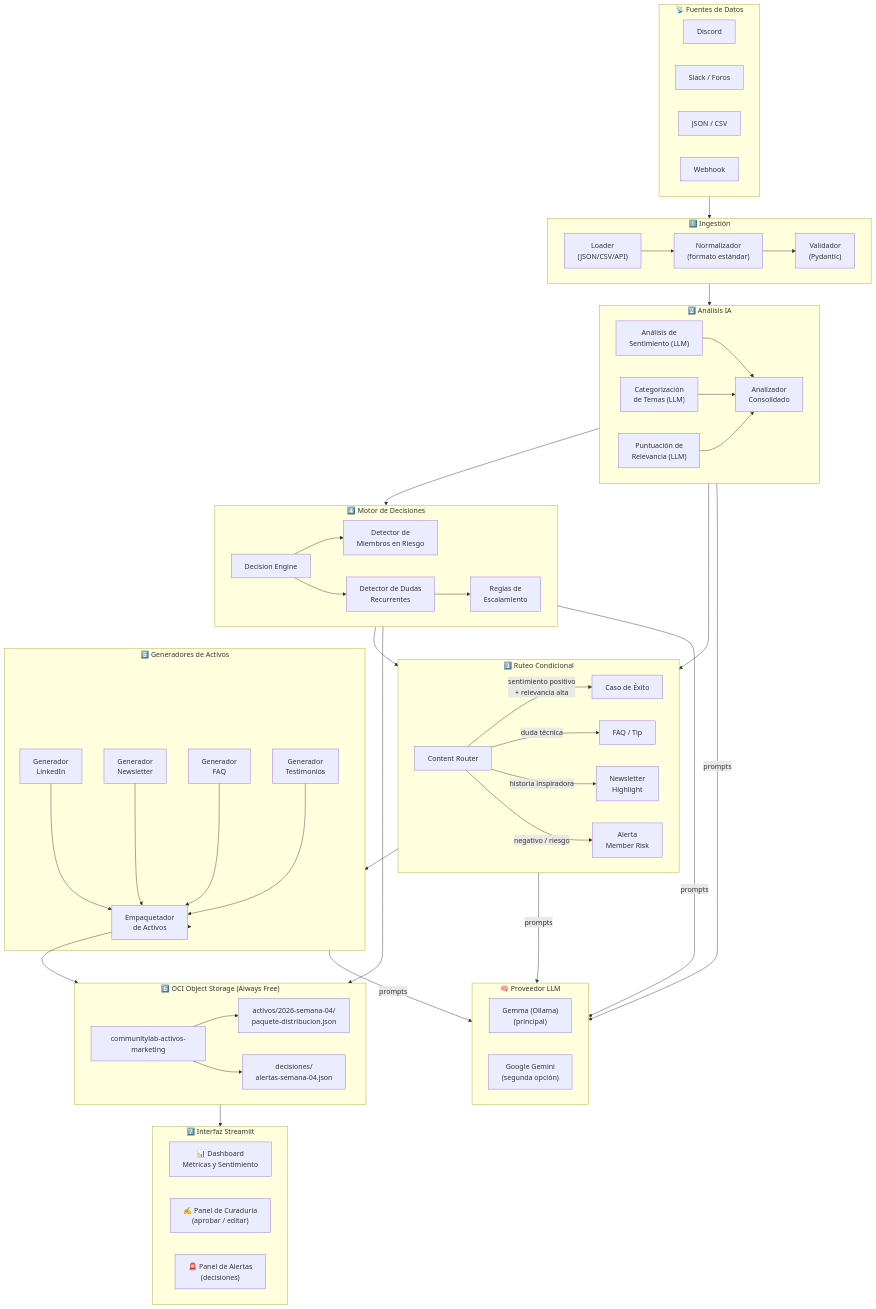
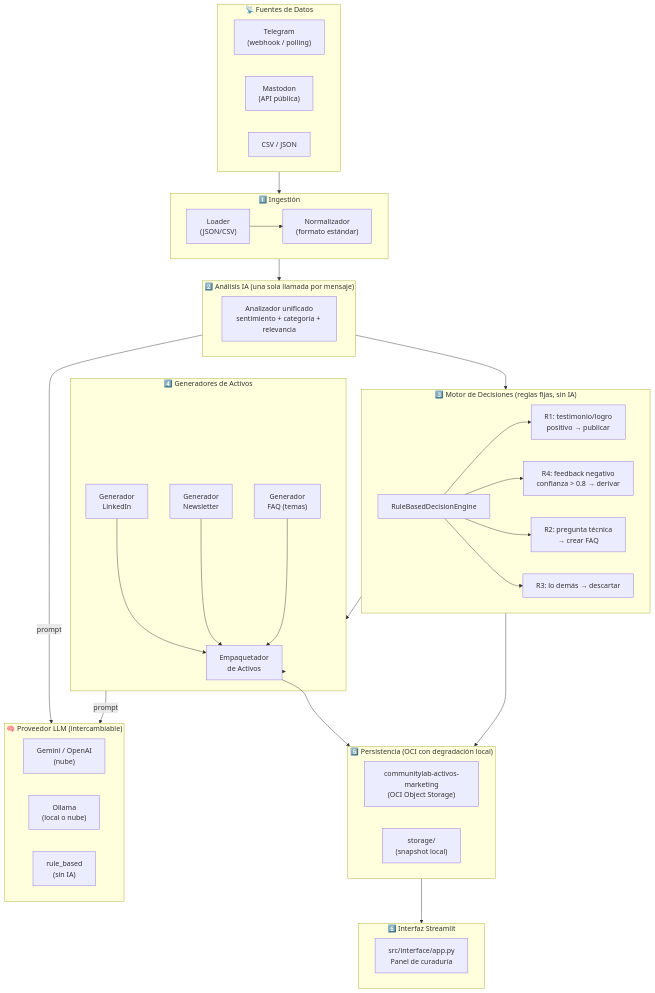
One commit to No-Country-simulation/G10-Latam-Equipo24-CommunityLab changed the first of 5 diagrams in docs/arquitectura.md. Above: the diagram before and after it, drawn with Mermaid. The commit also changed other lines of this file and 3 other files, not shown here.

````diff
--- a/docs/arquitectura.md
+++ b/docs/arquitectura.md
@@ -10,83 +10,63 @@
 ```mermaid
 flowchart TB
     subgraph FUENTES["📡 Fuentes de Datos"]
-        DISCORD["Discord"]
-        SLACK["Slack / Foros"]
-        JSON["JSON / CSV"]
-        WEBHOOK["Webhook"]
+        TELEGRAM["Telegram\n(webhook / polling)"]
+        MASTODON["Mastodon\n(API pública)"]
+        CSV["CSV / JSON"]
     end
 
     subgraph INGEST["1️⃣ Ingestión"]
-        LOADER["Loader\n(JSON/CSV/API)"]
+        LOADER["Loader\n(JSON/CSV)"]
         NORMALIZER["Normalizador\n(formato estándar)"]
-        VALIDATOR["Validador\n(Pydantic)"]
-        LOADER --> NORMALIZER --> VALIDATOR
+        LOADER --> NORMALIZER
     end
 
-    subgraph ANALYSIS["2️⃣ Análisis IA"]
-        SENTIMENT["Análisis de\nSentimiento (LLM)"]
-        TOPICS["Categorización\nde Temas (LLM)"]
-        RELEVANCE["Puntuación de\nRelevancia (LLM)"]
-        SENTIMENT & TOPICS & RELEVANCE --> ANALYZER["Analizador\nConsolidado"]
+    subgraph ANALYSIS["2️⃣ Análisis IA (una sola llamada por mensaje)"]
+        ANALYZER["Analizador unificado\nsentimiento + categoría + relevancia"]
     end
 
-    subgraph DECISIONS["4️⃣ Motor de Decisiones"]
-        ENGINE["Decision Engine"]
-        RISK["Detector de\nMiembros en Riesgo"]
-        RECURRING["Detector de Dudas\nRecurrentes"]
-        ESCALATE["Reglas de\nEscalamiento"]
-        ENGINE --> RISK
-        ENGINE --> RECURRING
-        RECURRING --> ESCALATE
+    subgraph DECISIONS["3️⃣ Motor de Decisiones (reglas fijas, sin IA)"]
+        ENGINE["RuleBasedDecisionEngine"]
+        R1["R1: testimonio/logro\npositivo → publicar"]
+        R4["R4: feedback negativo\nconfianza > 0.8 → derivar"]
+        R2["R2: pregunta técnica\n→ crear FAQ"]
+        R3["R3: lo demás → descartar"]
+        ENGINE --> R1
+        ENGINE --> R4
+        ENGINE --> R2
+        ENGINE --> R3
     end
 
-    subgraph ROUTING["3️⃣ Ruteo Condicional"]
-        ROUTER["Content Router"]
-        ROUTER -->|"sentimiento positivo\n+ relevancia alta"| CASO["Caso de Éxito"]
-        ROUTER -->|"duda técnica"| FAQ["FAQ / Tip"]
-        ROUTER -->|"historia inspiradora"| NEWS["Newsletter\nHighlight"]
-        ROUTER -->|"negativo / riesgo"| ALERT["Alerta\nMember Risk"]
+    subgraph GENERATORS["4️⃣ Generadores de Activos"]
+        LINKEDIN["Generador\nLinkedIn"]
+        NEWSLETTER["Generador\nNewsletter"]
+        FAQGEN["Generador\nFAQ (temas)"]
+        LINKEDIN & NEWSLETTER & FAQGEN --> PACKAGE["Empaquetador\nde Activos"]
     end
 
-    subgraph GENERATORS["5️⃣ Generadores de Activos"]
-        LINKEDIN["Generador\nLinkedIn"]
-        NEWSLETTER["Generador\nNewsletter"]
-        FAQGEN["Generador\nFAQ"]
-        TESTIMONIAL["Generador\nTestimonios"]
-        LINKEDIN & NEWSLETTER & FAQGEN & TESTIMONIAL --> PACKAGE["Empaquetador\nde Activos"]
+    subgraph STORAGE["5️⃣ Persistencia (OCI con degradación local)"]
+        OCI_BUCKET["communitylab-activos-marketing\n(OCI Object Storage)"]
+        LOCAL_MIRROR["storage/\n(snapshot local)"]
     end
 
-    subgraph STORAGE["6️⃣ OCI Object Storage (Always Free)"]
-        BUCKET["communitylab-activos-marketing"]
-        PATH1["activos/2026-semana-04/\npaquete-distribucion.json"]
-        PATH2["decisiones/\nalertas-semana-04.json"]
-        BUCKET --> PATH1
-        BUCKET --> PATH2
+    subgraph INTERFACE["6️⃣ Interfaz Streamlit"]
+        DASH["src/interface/app.py\nPanel de curaduría"]
     end
 
-    subgraph INTERFACE["7️⃣ Interfaz Streamlit"]
-        DASH["📊 Dashboard\nMétricas y Sentimiento"]
-        CURADURIA["✍️ Panel de Curaduría\n(aprobar / editar)"]
-        ALERTS["🚨 Panel de Alertas\n(decisiones)"]
-    end
-
-    subgraph LLM["🧠 Proveedor LLM"]
-        GEMMA["Gemma (Ollama)\n(principal)"]
-        GEMINI["Google Gemini\n(segunda opción)"]
+    subgraph LLM["🧠 Proveedor LLM (intercambiable)"]
+        GEMMA["Gemini / OpenAI\n(nube)"]
+        OLLAMA["Ollama\n(local o nube)"]
+        RULE["rule_based\n(sin IA)"]
     end
 
     FUENTES --> INGEST
     INGEST --> ANALYSIS
     ANALYSIS --> DECISIONS
-    ANALYSIS --> ROUTING
-    DECISIONS --> ROUTING
-    ROUTING --> GENERATORS
+    DECISIONS --> GENERATORS
     GENERATORS --> PACKAGE
     PACKAGE --> STORAGE
     DECISIONS --> STORAGE
     STORAGE --> INTERFACE
-    ANALYSIS -->|"prompts"| LLM
-    ROUTING -->|"prompts"| LLM
-    GENERATORS -->|"prompts"| LLM
-    DECISIONS -->|"prompts"| LLM
+    ANALYSIS -->|"prompt"| LLM
+    GENERATORS -->|"prompt"| LLM
 ```
````
